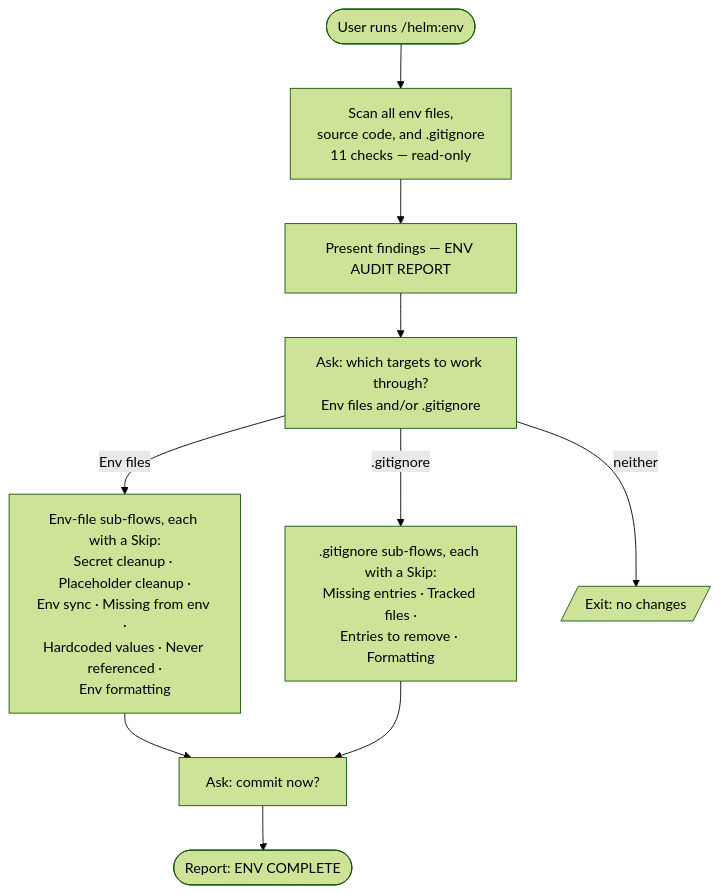
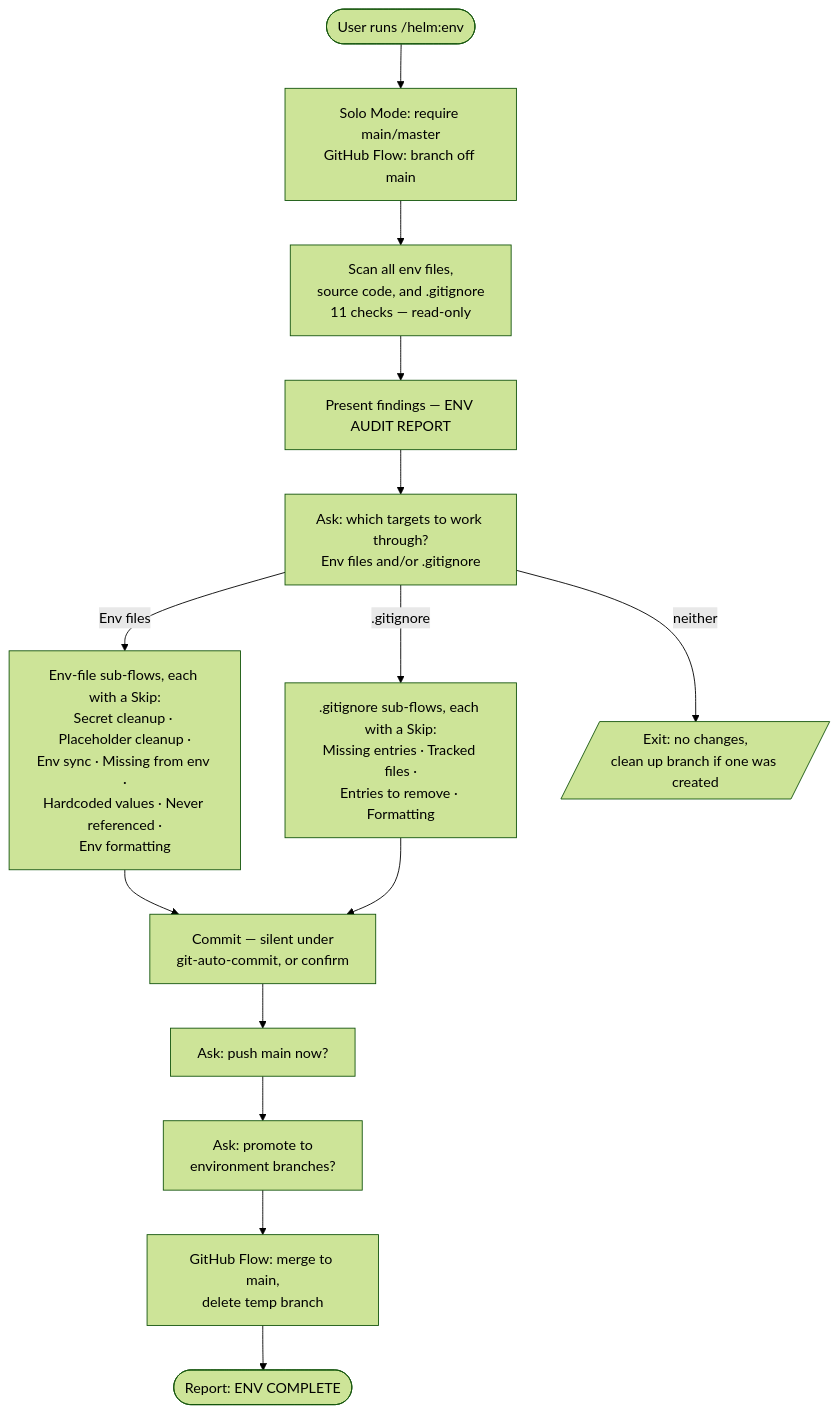
One commit to myowinthein/agent-helm changed the diagram in docs/commands/env.md. Above: the diagram before and after it, drawn with Mermaid (forest theme). The commit also changed other lines of this file, not shown here.

Commit message:
docs(env): sync with the new branch check, push confirmation, and environment promotion

````diff
--- a/docs/commands/env.md
+++ b/docs/commands/env.md
@@ -13,15 +13,19 @@
 ```mermaid
 flowchart TD
-  Start([User runs /helm:env]) --> Scan[Scan all env files,<br/>source code, and .gitignore<br/>11 checks — read-only]
+  Start([User runs /helm:env]) --> Branch[Solo Mode: require main/master<br/>GitHub Flow: branch off main]
+  Branch --> Scan[Scan all env files,<br/>source code, and .gitignore<br/>11 checks — read-only]
 
   Scan --> Report[Present findings — ENV AUDIT REPORT]
   Report --> Ask[Ask: which targets to work through?<br/>Env files and/or .gitignore]
 
   Ask -->|Env files| EnvFlows[Env-file sub-flows, each with a Skip:<br/>Secret cleanup · Placeholder cleanup ·<br/>Env sync · Missing from env ·<br/>Hardcoded values · Never referenced ·<br/>Env formatting]
   Ask -->|.gitignore| GitFlows[.gitignore sub-flows, each with a Skip:<br/>Missing entries · Tracked files ·<br/>Entries to remove · Formatting]
-  Ask -->|neither| SkipExit[/Exit: no changes/]
+  Ask -->|neither| SkipExit[/Exit: no changes,<br/>clean up branch if one was created/]
 
-  EnvFlows --> Commit[Ask: commit now?]
+  EnvFlows --> Commit[Commit — silent under<br/>git-auto-commit, or confirm]
   GitFlows --> Commit
-  Commit --> Done([Report: ENV COMPLETE])
+  Commit --> Push[Ask: push main now?]
+  Push --> Promote[Ask: promote to<br/>environment branches?]
+  Promote --> Cleanup[GitHub Flow: merge to main,<br/>delete temp branch]
+  Cleanup --> Done([Report: ENV COMPLETE])
 ```
````
